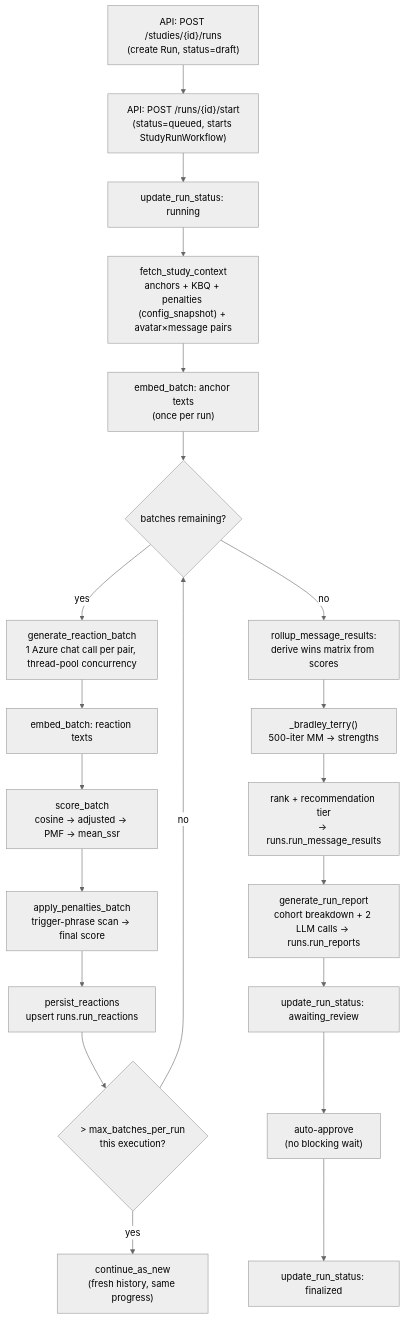
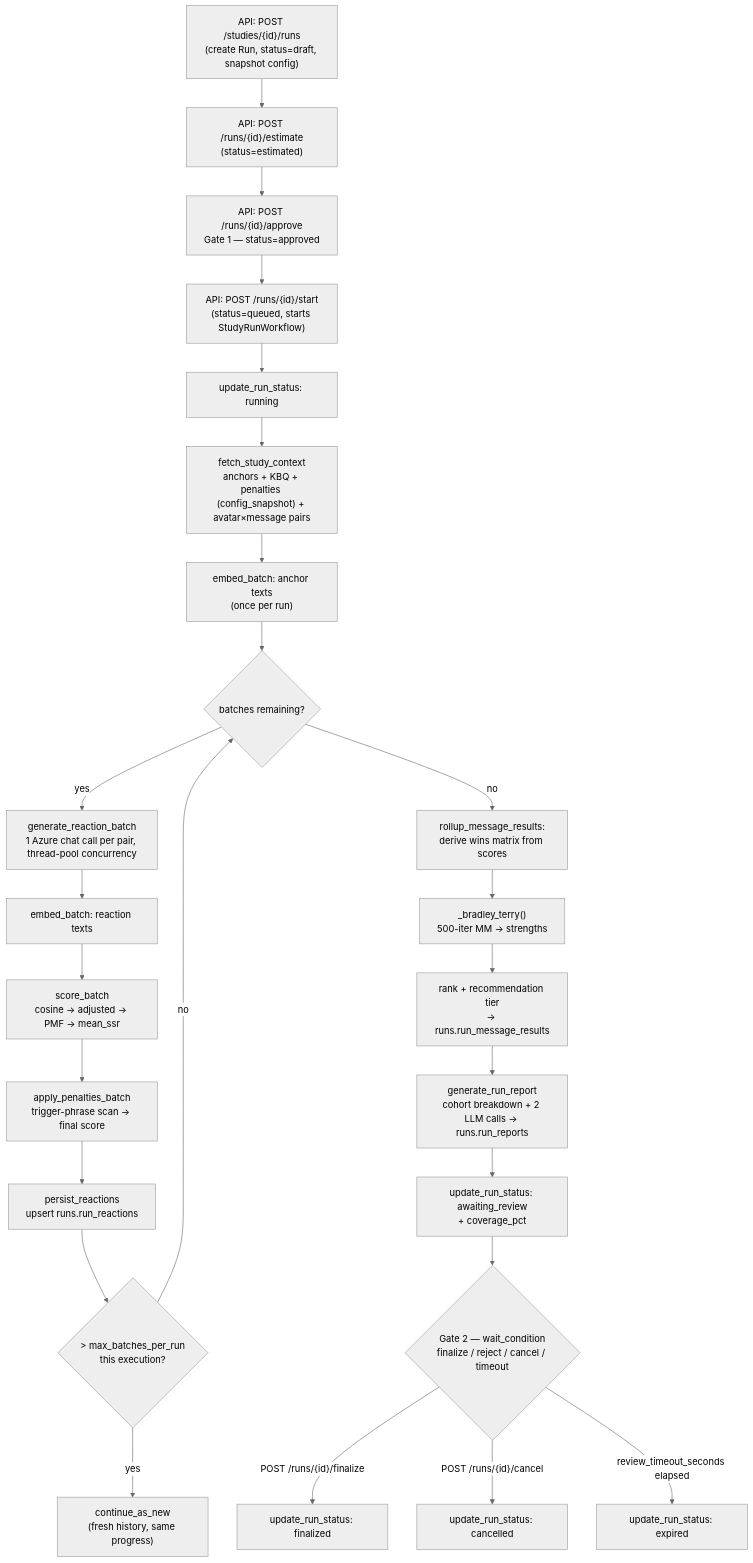
Before and after one commit to shtewari19/digital-twin: the first of 2 diagrams in apps/engine/DESIGN.md, drawn with Mermaid (neutral theme). The commit also changed other lines of this file and 42 other files, not shown here.

First line of the commit message:
Config-driven engine: snapshot input, N respondents, two-gate ordering

````diff
--- a/apps/engine/DESIGN.md
+++ b/apps/engine/DESIGN.md
@@ -27,23 +27,27 @@
 ```mermaid
 flowchart TD
-    A["API: POST /studies/{id}/runs\n(create Run, status=draft)"] --> B["API: POST /runs/{id}/start\n(status=queued, starts StudyRunWorkflow)"]
+    A0["API: POST /studies/{id}/runs\n(create Run, status=draft, snapshot config)"] --> A1["API: POST /runs/{id}/estimate\n(status=estimated)"]
+    A1 --> A["API: POST /runs/{id}/approve\nGate 1 — status=approved"]
+    A --> B["API: POST /runs/{id}/start\n(status=queued, starts StudyRunWorkflow)"]
     B --> C["update_run_status: running"]
     C --> D["fetch_study_context\nanchors + KBQ + penalties (config_snapshot) + avatar×message pairs"]
     D --> E["embed_batch: anchor texts\n(once per run)"]
     E --> F{"batches remaining?"}
     F -- yes --> G["generate_reaction_batch\n1 Azure chat call per pair, thread-pool concurrency"]
     G --> H["embed_batch: reaction texts"]
     H --> I["score_batch\ncosine -> adjusted -> PMF -> mean_ssr"]
     I --> J["apply_penalties_batch\ntrigger-phrase scan -> final score"]
     J --> K["persist_reactions\nupsert runs.run_reactions"]
     K --> L{"> max_batches_per_run\nthis execution?"}
     L -- yes --> M["continue_as_new\n(fresh history, same progress)"]
     L -- no --> F
     F -- no --> N1["rollup_message_results:\nderive wins matrix from scores"]
     N1 --> N2["_bradley_terry()\n500-iter MM -> strengths"]
     N2 --> N3["rank + recommendation tier\n-> runs.run_message_results"]
     N3 --> O["generate_run_report\ncohort breakdown + 2 LLM calls -> runs.run_reports"]
-    O --> P["update_run_status: awaiting_review"]
-    P --> Q["auto-approve\n(no blocking wait)"]
-    Q --> R["update_run_status: finalized"]
+    O --> P["update_run_status: awaiting_review\n+ coverage_pct"]
+    P --> Q{"Gate 2 — wait_condition\nfinalize / reject / cancel / timeout"}
+    Q -- "POST /runs/{id}/finalize" --> R["update_run_status: finalized"]
+    Q -- "POST /runs/{id}/cancel" --> R2["update_run_status: cancelled"]
+    Q -- "review_timeout_seconds elapsed" --> R3["update_run_status: expired"]
 ```
````
